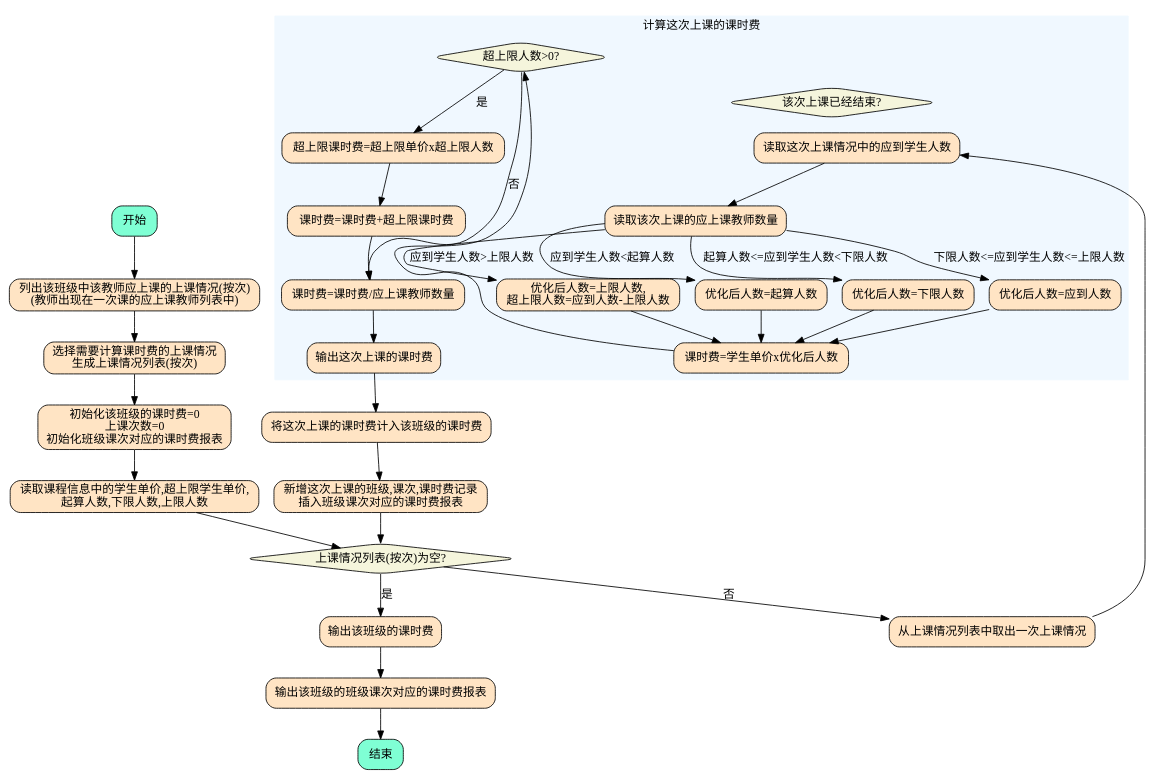
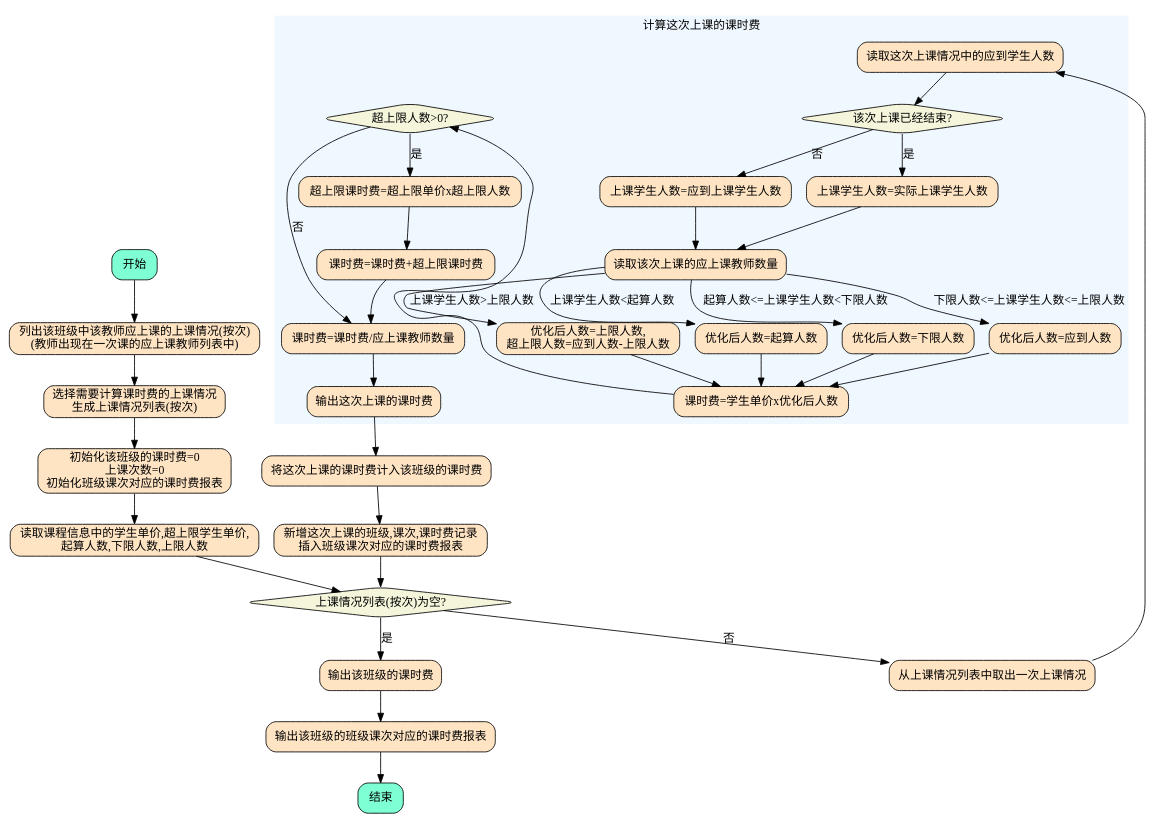
Before and after one commit to diandian888/mx-requirements: the diagram in management-system/hr/pay/pay-for-class/svg/02.dot, drawn with Graphviz. The commit also changed 1 other file, not shown here.

```diff
--- a/management-system/hr/pay/pay-for-class/svg/02.dot
+++ b/management-system/hr/pay/pay-for-class/svg/02.dot
@@ -1,72 +1,81 @@
 digraph {
     node [shape="box", style="rounded,filled", fillcolor="aquamarine"]
         start[label="开始"];
         end[label="结束"];
 
     node [shape="box", style="rounded,filled", fillcolor="bisque"]
         s1[label="列出该班级中该教师应上课的上课情况(按次)\n(教师出现在一次课的应上课教师列表中)"];
         s2[label="选择需要计算课时费的上课情况\n生成上课情况列表(按次)"];
         s3[label="初始化该班级的课时费=0\n上课次数=0\n初始化班级课次对应的课时费报表"];
         s4[label="读取课程信息中的学生单价,超上限学生单价,\n起算人数,下限人数,上限人数"];
         s_c1_y1[label="输出该班级的课时费"];
         s_c1_y2[label="输出该班级的班级课次对应的课时费报表"];
         s_c1_n1[label="从上课情况列表中取出一次上课情况"];
         s_c1_n2[label="将这次上课的课时费计入该班级的课时费"];
         s_c1_n3[label="新增这次上课的班级,课次,课时费记录\n插入班级课次对应的课时费报表"];
     
     node [shape="diamond", style="rounded,filled", fillcolor="beige"]
         c1[label="上课情况列表(按次)为空?"];
 
     subgraph cluster1 {
         label="计算这次上课的课时费";
         style="filled";
         color="aliceblue";
 
         node [shape="box", style="rounded,filled", fillcolor="bisque"]
             sub1_s1[label="读取这次上课情况中的应到学生人数"];
             sub1_s2[label="读取该次上课的应上课教师数量"];
             sub1_s3_a[label="优化后人数=起算人数"];
             sub1_s3_b[label="优化后人数=下限人数"];
             sub1_s3_c[label="优化后人数=应到人数"];
             sub1_s3_d[label="优化后人数=上限人数,\n超上限人数=应到人数-上限人数"];
             sub1_s4[label="课时费=学生单价x优化后人数"];
             sub1_c2_y1[label="超上限课时费=超上限单价x超上限人数"];
             sub1_c2_y2[label="课时费=课时费+超上限课时费"];
             sub1_s5[label="课时费=课时费/应上课教师数量"];
             sub1_s6[label="输出这次上课的课时费"];
+            sub1_c1_y1[label="上课学生人数=实际上课学生人数"];
+            sub1_c1_n1[label="上课学生人数=应到上课学生人数"];
         
         node [shape="diamond", style="rounded,filled", fillcolor="beige"]
             sub1_c1[label="该次上课已经结束?"];
             sub1_c2[label="超上限人数>0?"];
 
-        sub1_s1 -> sub1_s2;
-        sub1_s2 -> sub1_s3_a[label="应到学生人数<起算人数"];
-        sub1_s2 -> sub1_s3_b[label="起算人数<=应到学生人数<下限人数"];
-        sub1_s2 -> sub1_s3_c[label="下限人数<=应到学生人数<=上限人数"];
-        sub1_s2 -> sub1_s3_d[label="应到学生人数>上限人数"];
+        sub1_s1 -> sub1_c1;
+
+        sub1_c1 -> sub1_c1_y1[label="是"];
+        sub1_c1 -> sub1_c1_n1[label="否"];
+
+        sub1_c1_y1 -> sub1_s2;
+        sub1_c1_n1 -> sub1_s2;
+
+        sub1_s2 -> sub1_s3_a[label="上课学生人数<起算人数"];
+        sub1_s2 -> sub1_s3_b[label="起算人数<=上课学生人数<下限人数"];
+        sub1_s2 -> sub1_s3_c[label="下限人数<=上课学生人数<=上限人数"];
+        sub1_s2 -> sub1_s3_d[label="上课学生人数>上限人数"];
         sub1_s3_a -> sub1_s4;
         sub1_s3_b -> sub1_s4;
         sub1_s3_c -> sub1_s4;
         sub1_s3_d -> sub1_s4;
 
         sub1_s4 -> sub1_c2;
         sub1_c2 -> sub1_c2_y1[label="是"];
         sub1_c2 -> sub1_s5[label="否"];
 
         sub1_c2_y1 -> sub1_c2_y2 -> sub1_s5
         sub1_s5 -> sub1_s6;
 
         {rank=same sub1_s3_a sub1_s3_b sub1_s3_c sub1_s3_d}
         {rank=max sub1_s4}
     }
     start -> s1 -> s2 -> s3 -> s4 -> c1;
 
     c1 -> s_c1_y1[label="是"];
     c1 -> s_c1_n1[label="否"];
 
     s_c1_y1 -> s_c1_y2 -> end;
     s_c1_n1 -> sub1_s1;
 
     sub1_s6 -> s_c1_n2;
     s_c1_n2 -> s_c1_n3 -> c1; 
 }
```
